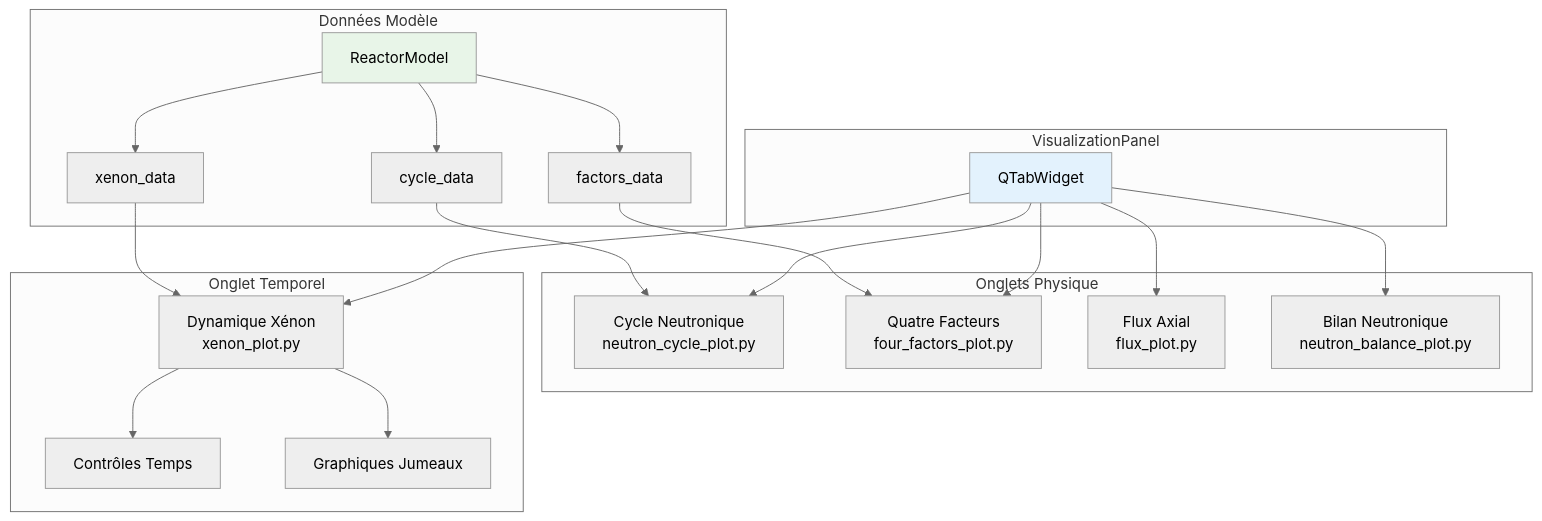
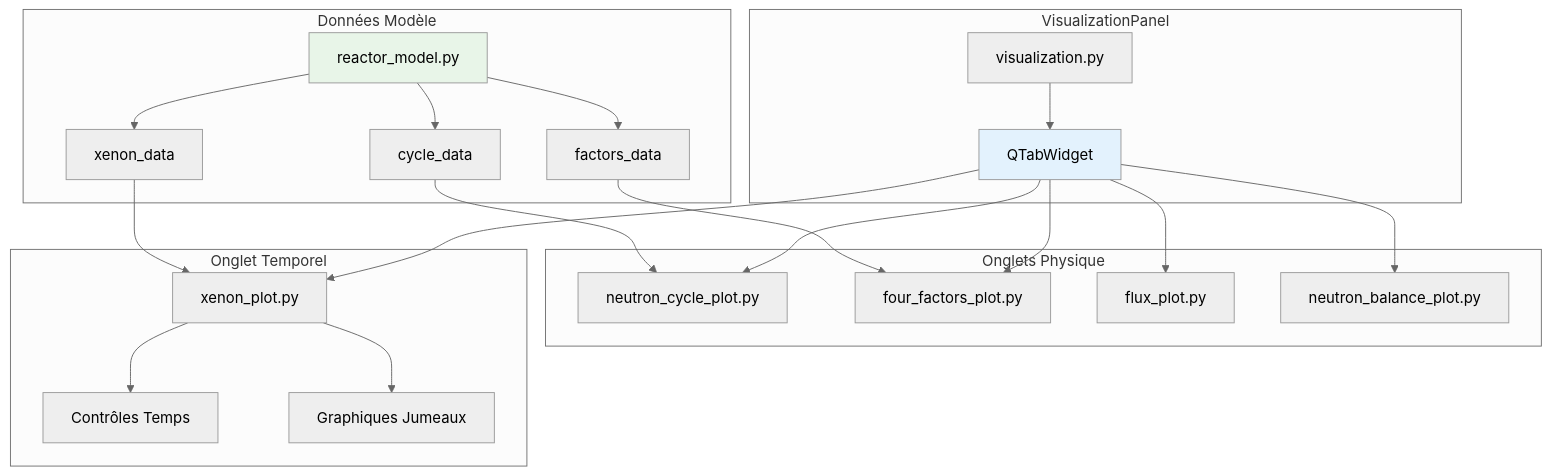
Before and after one commit to gaBBtry/NeutroScope: the seventh of 9 diagrams in docs/mermaid.md, drawn with Mermaid (neutral theme). The commit also changed other lines of this file, not shown here.

````diff
--- a/docs/mermaid.md
+++ b/docs/mermaid.md
@@ -264,46 +195,40 @@
 ```mermaid
 graph TB
     subgraph "VisualizationPanel"
+        VZ[visualization.py]
         TABS[QTabWidget]
     end
-    
     subgraph "Onglets Physique"
-        NC[Cycle Neutronique<br/>neutron_cycle_plot.py]
-        FF[Quatre Facteurs<br/>four_factors_plot.py]
-        FP[Flux Axial<br/>flux_plot.py]
-        NB[Bilan Neutronique<br/>neutron_balance_plot.py]
+        NC[neutron_cycle_plot.py]
+        FF[four_factors_plot.py]
+        FP[flux_plot.py]
+        NB[neutron_balance_plot.py]
     end
-    
     subgraph "Onglet Temporel"
-        XV[Dynamique Xénon<br/>xenon_plot.py]
+        XP[xenon_plot.py]
         XC[Contrôles Temps]
         XG[Graphiques Jumeaux]
     end
-    
     subgraph "Données Modèle"
-        RM[ReactorModel]
+        RM[reactor_model.py]
         CD[cycle_data]
         FD[factors_data]
         XD[xenon_data]
     end
-    
+    VZ --> TABS
     TABS --> NC
     TABS --> FF
     TABS --> FP
     TABS --> NB
-    TABS --> XV
-    
-    XV --> XC
-    XV --> XG
-    
+    TABS --> XP
+    XP --> XC
+    XP --> XG
     RM --> CD
     RM --> FD
     RM --> XD
-    
     CD --> NC
     FD --> FF
-    XD --> XV
-    
+    XD --> XP
     style TABS fill:#e3f2fd
     style RM fill:#e8f5e8
 ```
````
